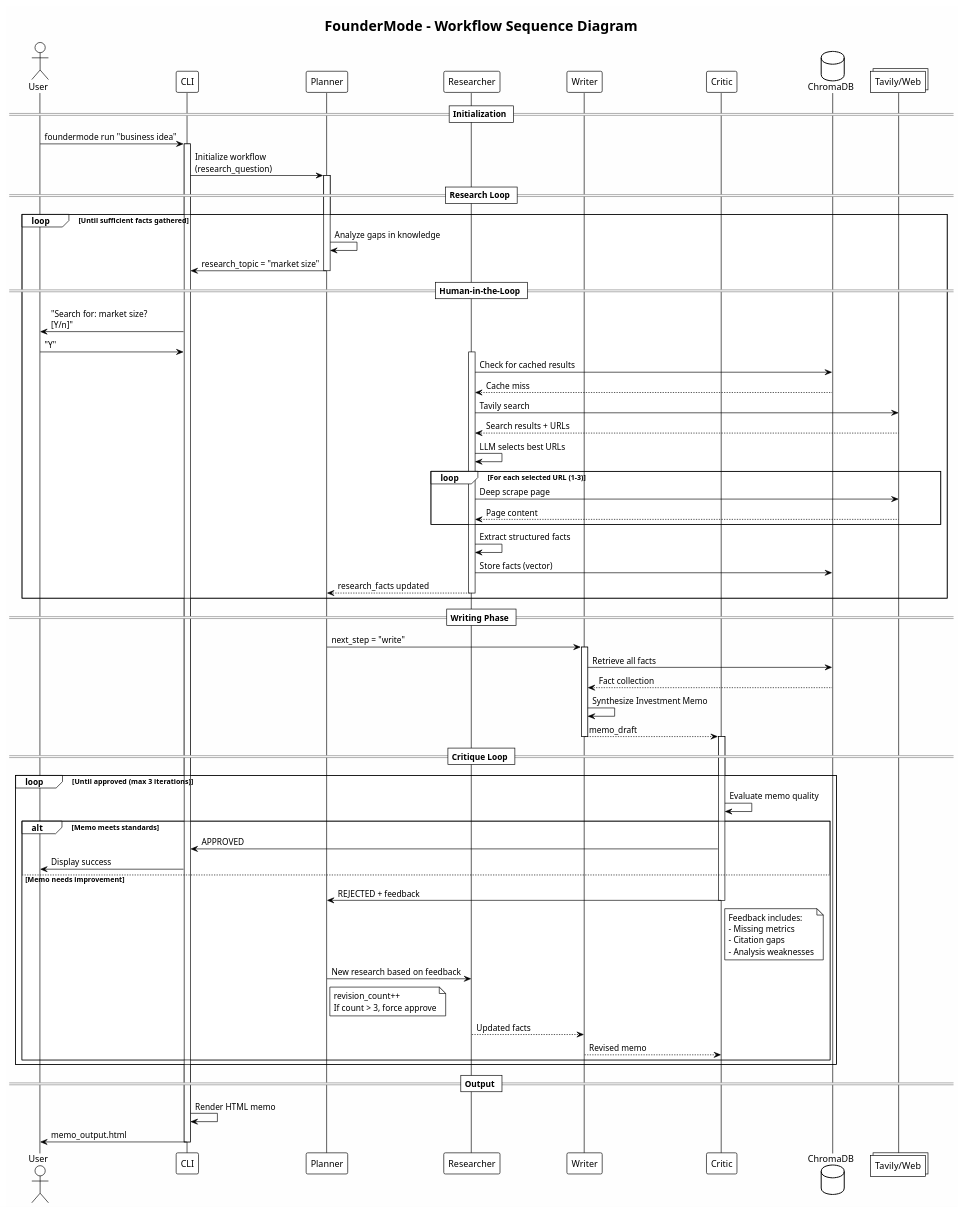
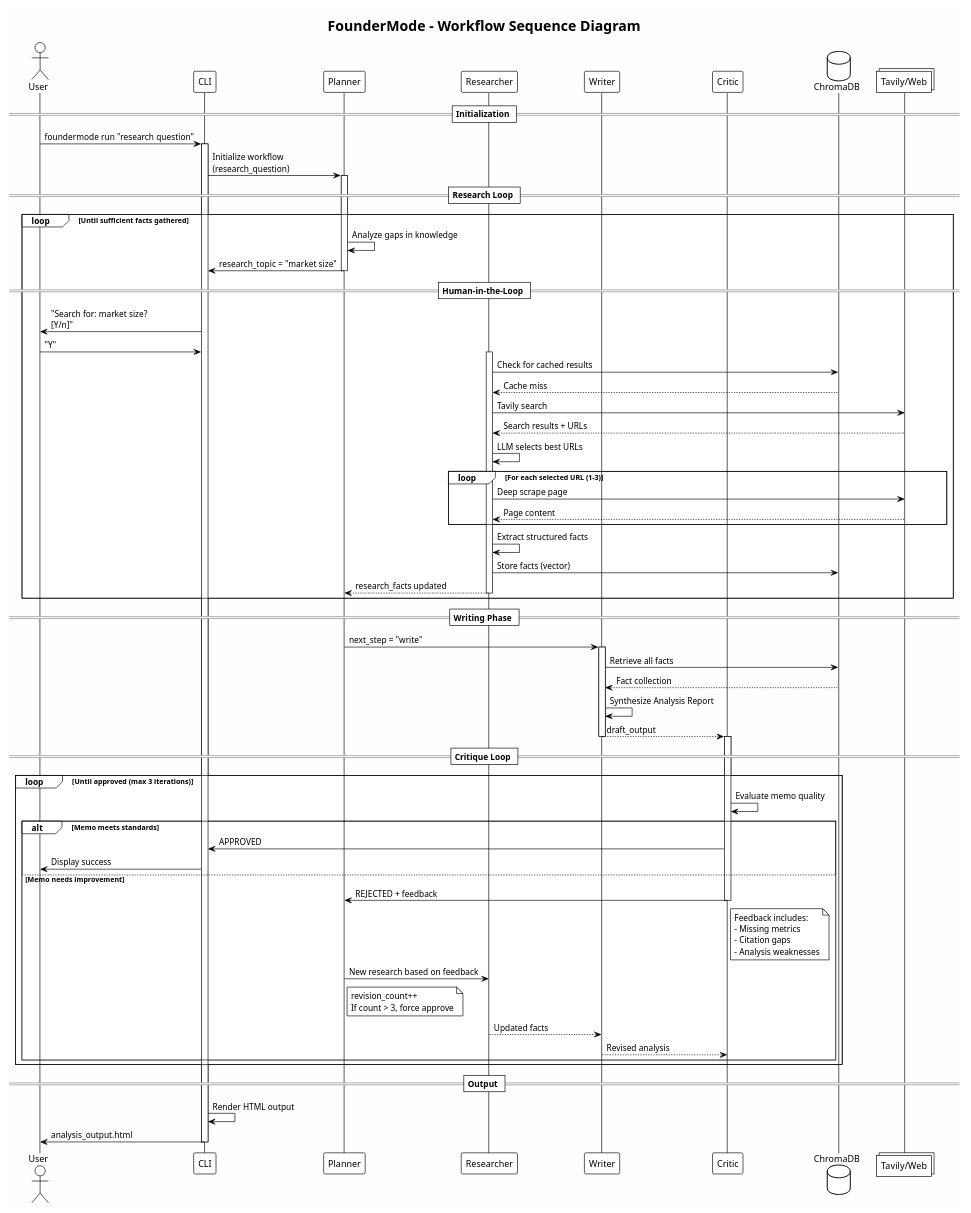
The diagram in docs/diagrams/workflow-sequence.puml (albeorla/founder-mode), drawn with PlantUML before and after one commit. The commit also changed 6 other files, not shown here.

```diff
--- a/docs/diagrams/workflow-sequence.puml
+++ b/docs/diagrams/workflow-sequence.puml
@@ -1,103 +1,103 @@
 @startuml workflow-sequence
 !theme plain
 skinparam backgroundColor #FEFEFE
 
 title FounderMode - Workflow Sequence Diagram
 
 actor User
 participant "CLI" as CLI
 participant "Planner" as Planner
 participant "Researcher" as Researcher
 participant "Writer" as Writer
 participant "Critic" as Critic
 database "ChromaDB" as Memory
 collections "Tavily/Web" as Web
 
 == Initialization ==
 
-User -> CLI: foundermode run "business idea"
+User -> CLI: foundermode run "research question"
 activate CLI
 CLI -> Planner: Initialize workflow\n(research_question)
 
 == Research Loop ==
 
 loop Until sufficient facts gathered
     activate Planner
     Planner -> Planner: Analyze gaps in knowledge
     Planner -> CLI: research_topic = "market size"
     deactivate Planner
 
     == Human-in-the-Loop ==
     CLI -> User: "Search for: market size?\n[Y/n]"
     User -> CLI: "Y"
 
     activate Researcher
     Researcher -> Memory: Check for cached results
     Memory --> Researcher: Cache miss
 
     Researcher -> Web: Tavily search
     Web --> Researcher: Search results + URLs
 
     Researcher -> Researcher: LLM selects best URLs
 
     loop For each selected URL (1-3)
         Researcher -> Web: Deep scrape page
         Web --> Researcher: Page content
     end
 
     Researcher -> Researcher: Extract structured facts
     Researcher -> Memory: Store facts (vector)
     Researcher --> Planner: research_facts updated
     deactivate Researcher
 end
 
 == Writing Phase ==
 
 Planner -> Writer: next_step = "write"
 activate Writer
 Writer -> Memory: Retrieve all facts
 Memory --> Writer: Fact collection
 
-Writer -> Writer: Synthesize Investment Memo
-Writer --> Critic: memo_draft
+Writer -> Writer: Synthesize Analysis Report
+Writer --> Critic: draft_output
 deactivate Writer
 
 == Critique Loop ==
 
 loop Until approved (max 3 iterations)
     activate Critic
     Critic -> Critic: Evaluate memo quality
 
     alt Memo meets standards
         Critic -> CLI: APPROVED
         CLI -> User: Display success
     else Memo needs improvement
         Critic -> Planner: REJECTED + feedback
         deactivate Critic
 
         note right of Critic
           Feedback includes:
           - Missing metrics
           - Citation gaps
           - Analysis weaknesses
         end note
 
         Planner -> Researcher: New research based on feedback
         note right of Planner
           revision_count++
           If count > 3, force approve
         end note
 
         ' ... research cycle repeats ...
         Researcher --> Writer: Updated facts
-        Writer --> Critic: Revised memo
+        Writer --> Critic: Revised analysis
     end
 end
 
 == Output ==
 
-CLI -> CLI: Render HTML memo
-CLI -> User: memo_output.html
+CLI -> CLI: Render HTML output
+CLI -> User: analysis_output.html
 deactivate CLI
 
 @enduml
```
